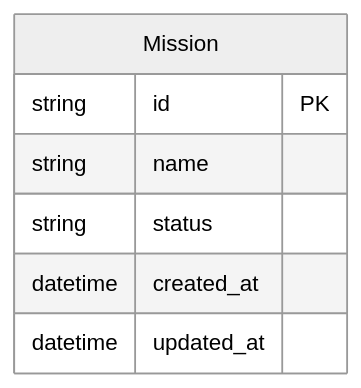
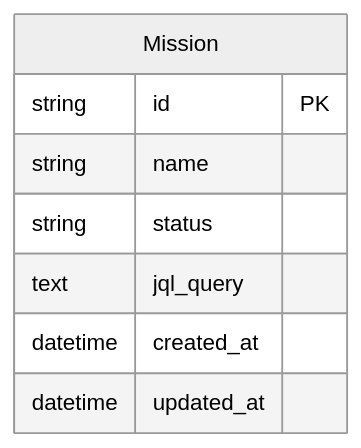
Before and after one commit to vmakoed/devinator: the diagram in doc/entity_model.md, drawn with Mermaid (neutral theme). The commit also changed other lines of this file and 13 other files, not shown here.

Commit message:
UC002 - Input JQL query

````diff
--- a/doc/entity_model.md
+++ b/doc/entity_model.md
@@ -21,10 +22,11 @@
 ```mermaid
 erDiagram
     Mission {
         string id PK
         string name
         string status
+        text jql_query
         datetime created_at
         datetime updated_at
     }
 ```
````
